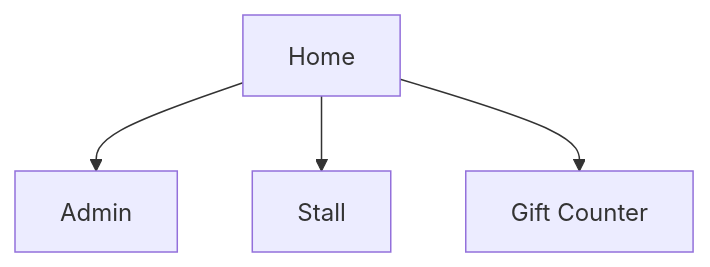
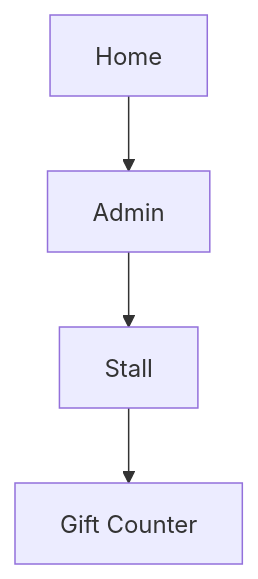
The diagram in README.md (PhilipGSanova/Harvest-Fest-WebApp-2025), drawn with Mermaid before and after one commit.

````diff
--- a/README.md
+++ b/README.md
@@ -40,6 +40,5 @@
 ```mermaid
 flowchart TD
-  A[Home] --> B[Admin]
-  A --> C[Stall]
-  A --> D[Gift Counter]
+  A[Home] --> B[Admin] --> C[Stall] --> D[Gift Counter]
+  
 ```
````
